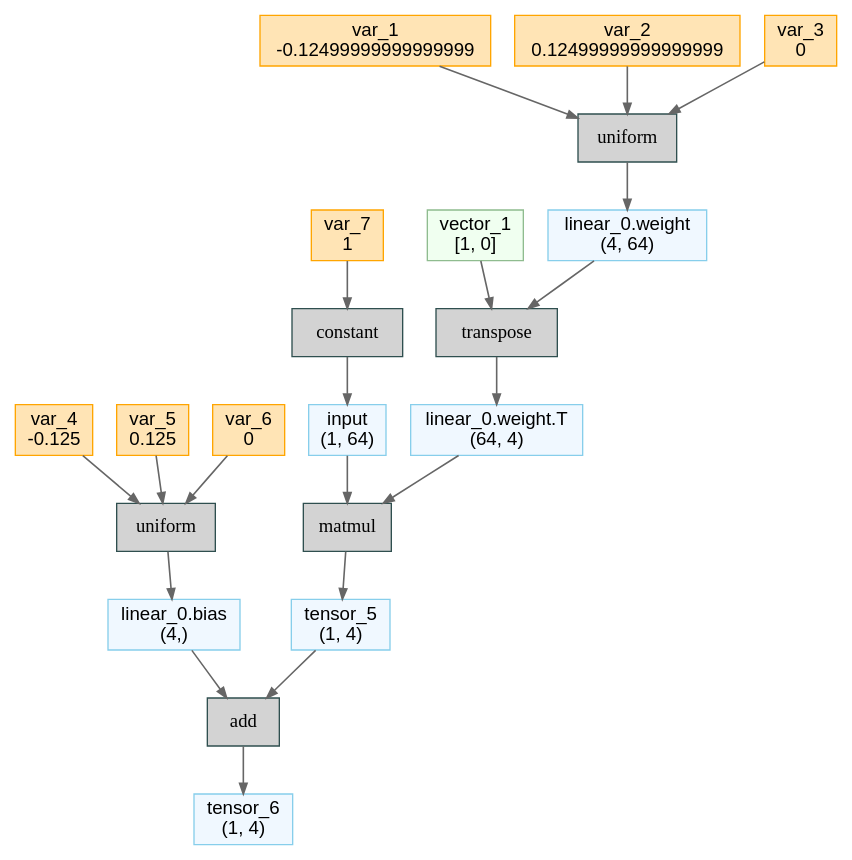
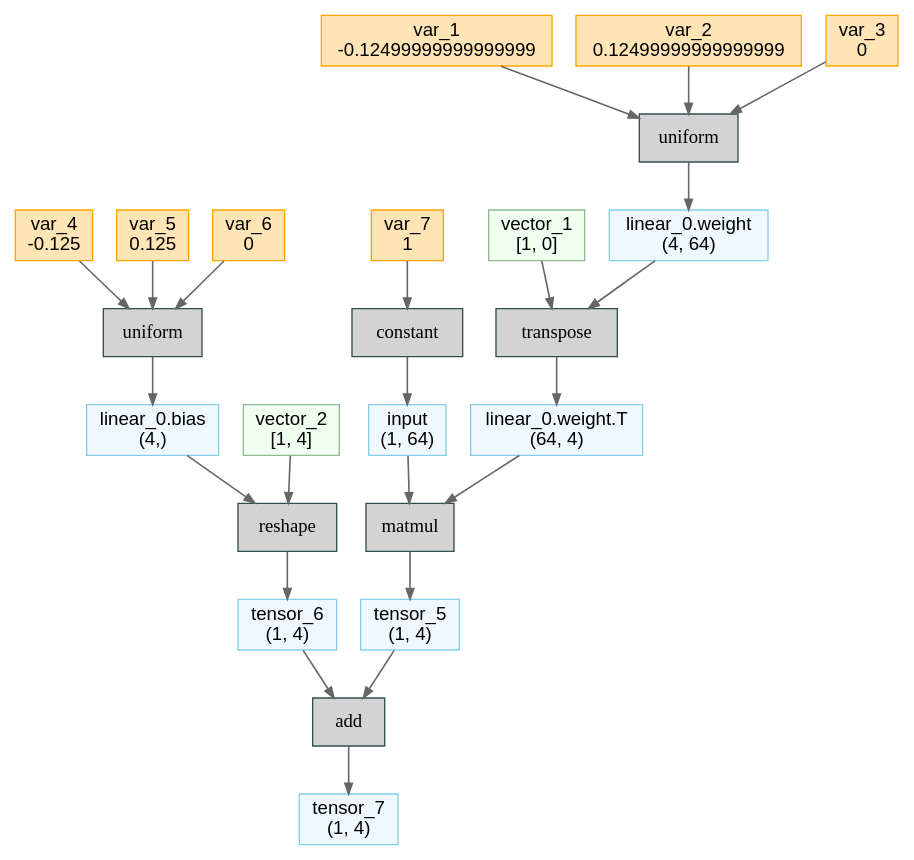
The diagram in front/py/examples/3_module/1_linear.dot (zhaziqwe/deepx), drawn with Graphviz before and after one commit. The commit also changed 38 other files, not shown here.

```diff
--- a/front/py/examples/3_module/1_linear.dot
+++ b/front/py/examples/3_module/1_linear.dot
@@ -1,58 +1,66 @@
 // Computational Graph
 digraph {
 	rankdir=TB
 	node [shape=record]
-	127326766696240 [label="linear_0.weight
+	126533329176464 [label="linear_0.weight
 (4, 64)" color=skyblue fillcolor=aliceblue fontname="Sans-Serif" labeljust=l shape=box style=filled]
-	127324469312480 [label="linear_0.bias
+	126531635937968 [label="linear_0.bias
 (4,)" color=skyblue fillcolor=aliceblue fontname="Sans-Serif" labeljust=l shape=box style=filled]
-	127324469310032 [label=uniform color=darkslategray fillcolor=lightgray fontname="Courier Bold" labeljust=l shape=box style=filled]
-	127324469312384 [label="var_1
+	126531635951984 [label=uniform color=darkslategray fillcolor=lightgray fontname="Courier Bold" labeljust=l shape=box style=filled]
+	126531635938016 [label="var_1
 -0.12499999999999999" color=orange fillcolor=moccasin fontname="Sans-Serif" labeljust=l shape=box style=filled]
-	127324469312144 [label="var_2
+	126531635938976 [label="var_2
 0.12499999999999999" color=orange fillcolor=moccasin fontname="Sans-Serif" labeljust=l shape=box style=filled]
-	127324469312528 [label="var_3
+	126531635937488 [label="var_3
 0" color=orange fillcolor=moccasin fontname="Sans-Serif" labeljust=l shape=box style=filled]
-	127324469312624 [label=uniform color=darkslategray fillcolor=lightgray fontname="Courier Bold" labeljust=l shape=box style=filled]
-	127324469312576 [label="var_4
+	126531635939072 [label=uniform color=darkslategray fillcolor=lightgray fontname="Courier Bold" labeljust=l shape=box style=filled]
+	126531635937536 [label="var_4
 -0.125" color=orange fillcolor=moccasin fontname="Sans-Serif" labeljust=l shape=box style=filled]
-	127324469312720 [label="var_5
+	126531635939216 [label="var_5
 0.125" color=orange fillcolor=moccasin fontname="Sans-Serif" labeljust=l shape=box style=filled]
-	127324469312768 [label="var_6
+	126531635939168 [label="var_6
 0" color=orange fillcolor=moccasin fontname="Sans-Serif" labeljust=l shape=box style=filled]
-	127324469312816 [label="input
+	126531635939120 [label="input
 (1, 64)" color=skyblue fillcolor=aliceblue fontname="Sans-Serif" labeljust=l shape=box style=filled]
-	127324469313056 [label=constant color=darkslategray fillcolor=lightgray fontname="Courier Bold" labeljust=l shape=box style=filled]
-	127324469313008 [label="var_7
+	126531635940896 [label=constant color=darkslategray fillcolor=lightgray fontname="Courier Bold" labeljust=l shape=box style=filled]
+	126531635940944 [label="var_7
 1" color=orange fillcolor=moccasin fontname="Sans-Serif" labeljust=l shape=box style=filled]
-	127324469313344 [label="linear_0.weight.T
+	126531635941280 [label="linear_0.weight.T
 (64, 4)" color=skyblue fillcolor=aliceblue fontname="Sans-Serif" labeljust=l shape=box style=filled]
-	127324469313440 [label="vector_1
+	126531635941424 [label="vector_1
 [1, 0]" color=darkseagreen fillcolor=honeydew fontname="Sans-Serif" labeljust=l shape=box style=filled]
-	127324471099456 [label=transpose color=darkslategray fillcolor=lightgray fontname="Courier Bold" labeljust=l shape=box style=filled]
-	127324469313488 [label=matmul color=darkslategray fillcolor=lightgray fontname="Courier Bold" labeljust=l shape=box style=filled]
-	127324471099696 [label="tensor_5
+	126531635944736 [label=transpose color=darkslategray fillcolor=lightgray fontname="Courier Bold" labeljust=l shape=box style=filled]
+	126531635944640 [label=matmul color=darkslategray fillcolor=lightgray fontname="Courier Bold" labeljust=l shape=box style=filled]
+	126531635944784 [label="tensor_5
 (1, 4)" color=skyblue fillcolor=aliceblue fontname="Sans-Serif" labeljust=l shape=box style=filled]
-	127324471099840 [label=add color=darkslategray fillcolor=lightgray fontname="Courier Bold" labeljust=l shape=box style=filled]
-	127324471099936 [label="tensor_6
+	126531635944976 [label="tensor_6
 (1, 4)" color=skyblue fillcolor=aliceblue fontname="Sans-Serif" labeljust=l shape=box style=filled]
-	127324469310032 -> 127326766696240 [arrowsize=0.8 color=gray40 penwidth=1.2]
-	127324469312624 -> 127324469312480 [arrowsize=0.8 color=gray40 penwidth=1.2]
-	127324469312384 -> 127324469310032 [arrowsize=0.8 color=gray40 penwidth=1.2]
-	127324469312144 -> 127324469310032 [arrowsize=0.8 color=gray40 penwidth=1.2]
-	127324469312528 -> 127324469310032 [arrowsize=0.8 color=gray40 penwidth=1.2]
-	127324469312576 -> 127324469312624 [arrowsize=0.8 color=gray40 penwidth=1.2]
-	127324469312720 -> 127324469312624 [arrowsize=0.8 color=gray40 penwidth=1.2]
-	127324469312768 -> 127324469312624 [arrowsize=0.8 color=gray40 penwidth=1.2]
-	127324469313056 -> 127324469312816 [arrowsize=0.8 color=gray40 penwidth=1.2]
-	127324469313008 -> 127324469313056 [arrowsize=0.8 color=gray40 penwidth=1.2]
-	127324471099456 -> 127324469313344 [arrowsize=0.8 color=gray40 penwidth=1.2]
-	127326766696240 -> 127324471099456 [arrowsize=0.8 color=gray40 penwidth=1.2]
-	127324469313440 -> 127324471099456 [arrowsize=0.8 color=gray40 penwidth=1.2]
-	127324469312816 -> 127324469313488 [arrowsize=0.8 color=gray40 penwidth=1.2]
-	127324469313344 -> 127324469313488 [arrowsize=0.8 color=gray40 penwidth=1.2]
-	127324469313488 -> 127324471099696 [arrowsize=0.8 color=gray40 penwidth=1.2]
-	127324471099696 -> 127324471099840 [arrowsize=0.8 color=gray40 penwidth=1.2]
-	127324469312480 -> 127324471099840 [arrowsize=0.8 color=gray40 penwidth=1.2]
-	127324471099840 -> 127324471099936 [arrowsize=0.8 color=gray40 penwidth=1.2]
+	126531635945216 [label=reshape color=darkslategray fillcolor=lightgray fontname="Courier Bold" labeljust=l shape=box style=filled]
+	126531635945168 [label="vector_2
+[1, 4]" color=darkseagreen fillcolor=honeydew fontname="Sans-Serif" labeljust=l shape=box style=filled]
+	126531635945360 [label=add color=darkslategray fillcolor=lightgray fontname="Courier Bold" labeljust=l shape=box style=filled]
+	126531635945504 [label="tensor_7
+(1, 4)" color=skyblue fillcolor=aliceblue fontname="Sans-Serif" labeljust=l shape=box style=filled]
+	126531635951984 -> 126533329176464 [arrowsize=0.8 color=gray40 penwidth=1.2]
+	126531635939072 -> 126531635937968 [arrowsize=0.8 color=gray40 penwidth=1.2]
+	126531635938016 -> 126531635951984 [arrowsize=0.8 color=gray40 penwidth=1.2]
+	126531635938976 -> 126531635951984 [arrowsize=0.8 color=gray40 penwidth=1.2]
+	126531635937488 -> 126531635951984 [arrowsize=0.8 color=gray40 penwidth=1.2]
+	126531635937536 -> 126531635939072 [arrowsize=0.8 color=gray40 penwidth=1.2]
+	126531635939216 -> 126531635939072 [arrowsize=0.8 color=gray40 penwidth=1.2]
+	126531635939168 -> 126531635939072 [arrowsize=0.8 color=gray40 penwidth=1.2]
+	126531635940896 -> 126531635939120 [arrowsize=0.8 color=gray40 penwidth=1.2]
+	126531635940944 -> 126531635940896 [arrowsize=0.8 color=gray40 penwidth=1.2]
+	126531635944736 -> 126531635941280 [arrowsize=0.8 color=gray40 penwidth=1.2]
+	126533329176464 -> 126531635944736 [arrowsize=0.8 color=gray40 penwidth=1.2]
+	126531635941424 -> 126531635944736 [arrowsize=0.8 color=gray40 penwidth=1.2]
+	126531635939120 -> 126531635944640 [arrowsize=0.8 color=gray40 penwidth=1.2]
+	126531635941280 -> 126531635944640 [arrowsize=0.8 color=gray40 penwidth=1.2]
+	126531635944640 -> 126531635944784 [arrowsize=0.8 color=gray40 penwidth=1.2]
+	126531635945216 -> 126531635944976 [arrowsize=0.8 color=gray40 penwidth=1.2]
+	126531635937968 -> 126531635945216 [arrowsize=0.8 color=gray40 penwidth=1.2]
+	126531635945168 -> 126531635945216 [arrowsize=0.8 color=gray40 penwidth=1.2]
+	126531635944784 -> 126531635945360 [arrowsize=0.8 color=gray40 penwidth=1.2]
+	126531635944976 -> 126531635945360 [arrowsize=0.8 color=gray40 penwidth=1.2]
+	126531635945360 -> 126531635945504 [arrowsize=0.8 color=gray40 penwidth=1.2]
 }
```
